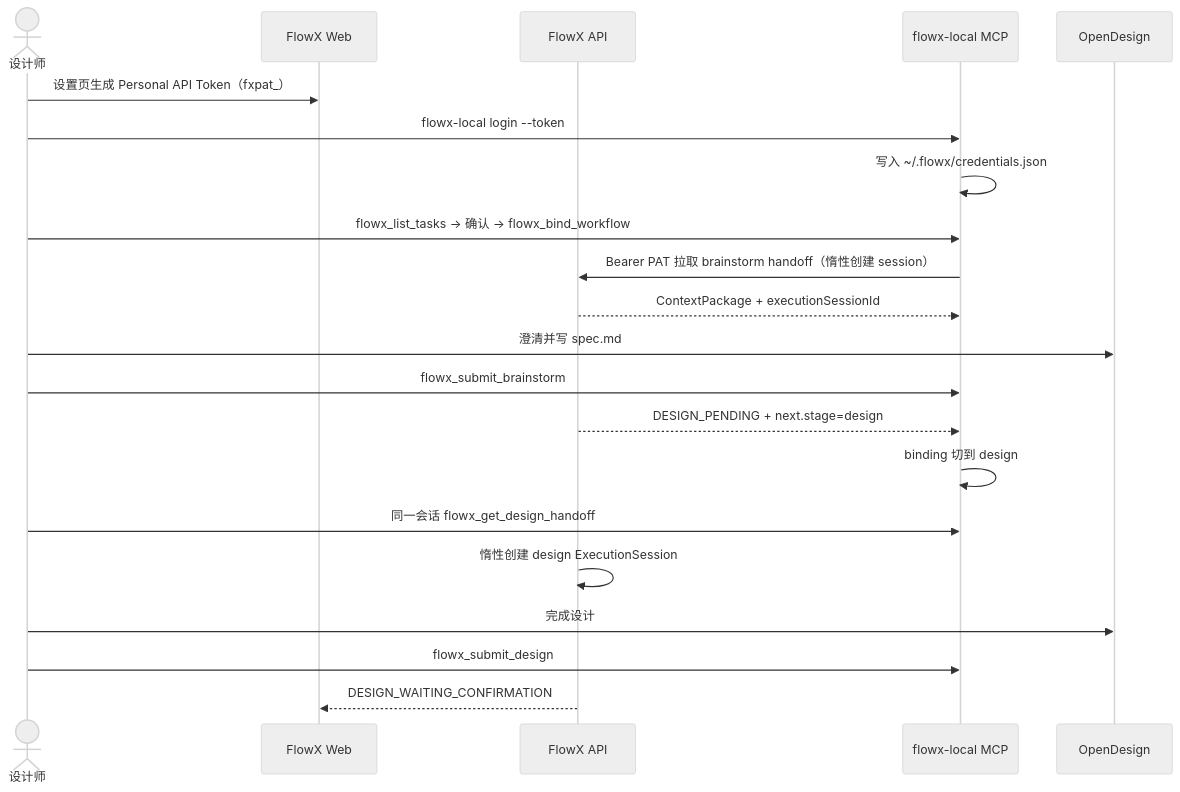
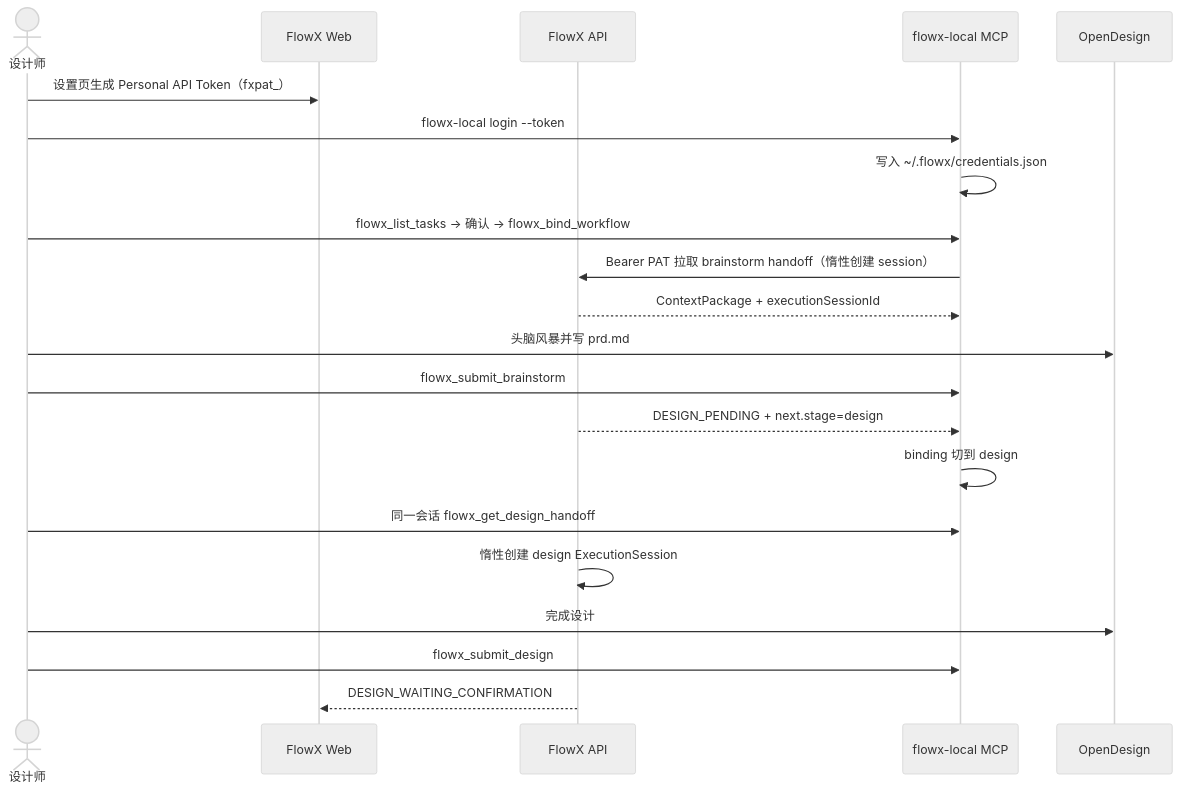
Before and after one commit to ChalkleyZhou/FlowX: the diagram in docs/opendesign-design-stage.md, drawn with Mermaid (neutral theme). The commit also changed other lines of this file and 5 other files, not shown here.

Commit message:
docs: document product PRD brainstorm flow

````diff
--- a/docs/opendesign-design-stage.md
+++ b/docs/opendesign-design-stage.md
@@ -44,24 +44,24 @@
 ```mermaid
 sequenceDiagram
     actor Designer as 设计师
     participant Web as FlowX Web
     participant API as FlowX API
     participant Local as flowx-local MCP
     participant OD as OpenDesign
 
     Designer->>Web: 设置页生成 Personal API Token（fxpat_）
     Designer->>Local: flowx-local login --token
     Local->>Local: 写入 ~/.flowx/credentials.json
     Designer->>Local: flowx_list_tasks → 确认 → flowx_bind_workflow
     Local->>API: Bearer PAT 拉取 brainstorm handoff（惰性创建 session）
     API-->>Local: ContextPackage + executionSessionId
-    Designer->>OD: 澄清并写 spec.md
+    Designer->>OD: 头脑风暴并写 prd.md
     Designer->>Local: flowx_submit_brainstorm
     API-->>Local: DESIGN_PENDING + next.stage=design
     Local->>Local: binding 切到 design
     Designer->>Local: 同一会话 flowx_get_design_handoff
     API->>API: 惰性创建 design ExecutionSession
     Designer->>OD: 完成设计
     Designer->>Local: flowx_submit_design
     API-->>Web: DESIGN_WAITING_CONFIRMATION
 ```
````
